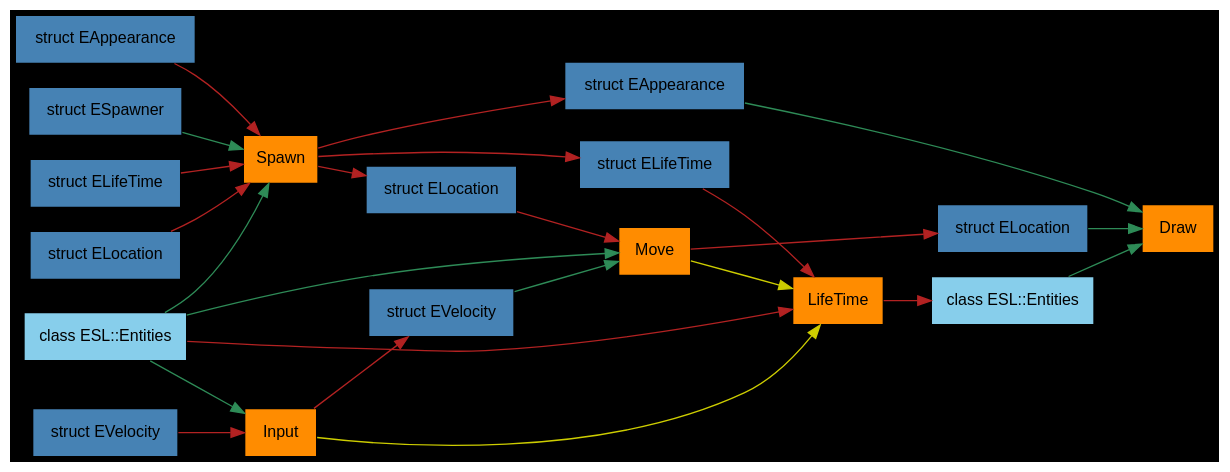
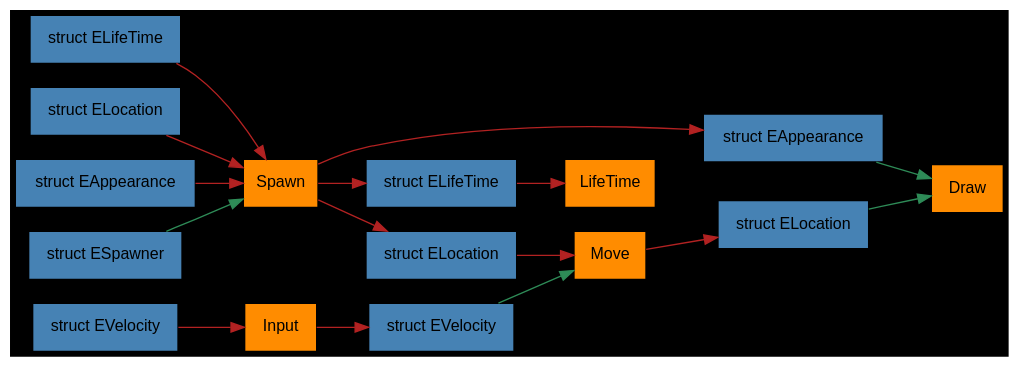
One commit to BenzzzX/NESL changed the diagram in NESL/test.gv. Above: the diagram before and after it, drawn with Graphviz. The commit also changed 4 other files, not shown here.

```diff
--- a/NESL/test.gv
+++ b/NESL/test.gv
@@ -1,54 +1,46 @@
 digraph framegraph 
 {
 rankdir = LR
 bgcolor = black
 
 node [shape=rectangle, fontname="helvetica", fontsize=12]
 
 "Input" [label="Input", style=filled, fillcolor=darkorange]
 "Draw" [label="Draw", style=filled, fillcolor=darkorange]
 "Move" [label="Move", style=filled, fillcolor=darkorange]
 "LifeTime" [label="LifeTime", style=filled, fillcolor=darkorange]
 "Spawn" [label="Spawn", style=filled, fillcolor=darkorange]
 
-"Input" -> { "LifeTime" } [color=yellow3]
-"Move" -> { "LifeTime" } [color=yellow3]
 
 "struct ELifeTime0" [label="struct ELifeTime", style=filled, fillcolor= steelblue]
 "struct ELifeTime0" -> { } [color=seagreen]
 "struct ELifeTime0" -> { "Spawn" } [color=firebrick]
 "struct ELocation0" [label="struct ELocation", style=filled, fillcolor= steelblue]
 "struct ELocation0" -> { } [color=seagreen]
 "struct ELocation0" -> { "Spawn" } [color=firebrick]
-"class ESL::Entities0" [label="class ESL::Entities", style=filled, fillcolor= skyblue]
-"class ESL::Entities0" -> { "Input" "Spawn" "Move" } [color=seagreen]
-"class ESL::Entities0" -> { "LifeTime" } [color=firebrick]
 "struct EAppearance0" [label="struct EAppearance", style=filled, fillcolor= steelblue]
 "struct EAppearance0" -> { } [color=seagreen]
 "struct EAppearance0" -> { "Spawn" } [color=firebrick]
 "struct EVelocity0" [label="struct EVelocity", style=filled, fillcolor= steelblue]
 "struct EVelocity0" -> { } [color=seagreen]
 "struct EVelocity0" -> { "Input" } [color=firebrick]
 "struct ESpawner0" [label="struct ESpawner", style=filled, fillcolor= steelblue]
 "struct ESpawner0" -> { "Spawn" } [color=seagreen]
 "struct EVelocity1" [label="struct EVelocity", style=filled, fillcolor= steelblue]
 "struct EVelocity1" -> { "Move" } [color=seagreen]
 "Input" -> { "struct EVelocity1" } [color=firebrick]
 "struct ELifeTime1" [label="struct ELifeTime", style=filled, fillcolor= steelblue]
 "struct ELifeTime1" -> { } [color=seagreen]
 "struct ELifeTime1" -> { "LifeTime" } [color=firebrick]
 "Spawn" -> { "struct ELifeTime1" } [color=firebrick]
 "struct ELocation1" [label="struct ELocation", style=filled, fillcolor= steelblue]
 "struct ELocation1" -> { } [color=seagreen]
 "struct ELocation1" -> { "Move" } [color=firebrick]
 "Spawn" -> { "struct ELocation1" } [color=firebrick]
 "struct EAppearance1" [label="struct EAppearance", style=filled, fillcolor= steelblue]
 "struct EAppearance1" -> { "Draw" } [color=seagreen]
 "Spawn" -> { "struct EAppearance1" } [color=firebrick]
 "struct ELocation2" [label="struct ELocation", style=filled, fillcolor= steelblue]
 "struct ELocation2" -> { "Draw" } [color=seagreen]
 "Move" -> { "struct ELocation2" } [color=firebrick]
-"class ESL::Entities1" [label="class ESL::Entities", style=filled, fillcolor= skyblue]
-"class ESL::Entities1" -> { "Draw" } [color=seagreen]
-"LifeTime" -> { "class ESL::Entities1" } [color=firebrick]
 }
```
